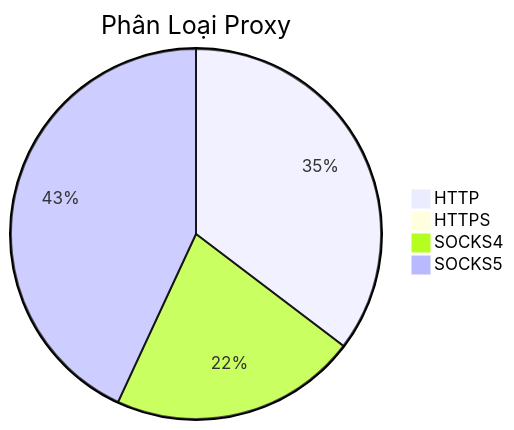
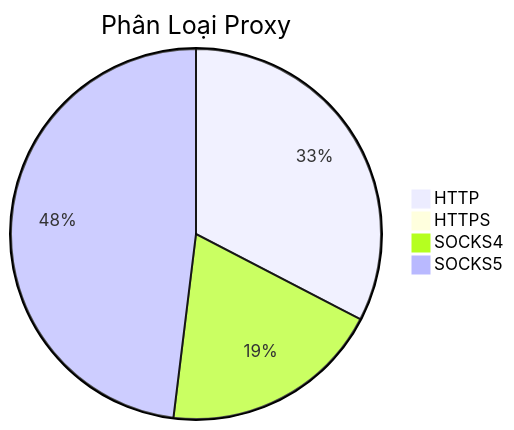
One commit to Ciara-12/PROXY-free changed the diagram in README.md. Above: the diagram before and after it, drawn with Mermaid. The commit also changed other lines of this file and 3 other files, not shown here.

````diff
--- a/README.md
+++ b/README.md
@@ -26,7 +26,7 @@
 ```mermaid
 pie title Phân Loại Proxy
-    "HTTP" : 511
+    "HTTP" : 486
     "HTTPS" : 2
-    "SOCKS4" : 312
-    "SOCKS5" : 623
+    "SOCKS4" : 288
+    "SOCKS5" : 716
 ```
````
